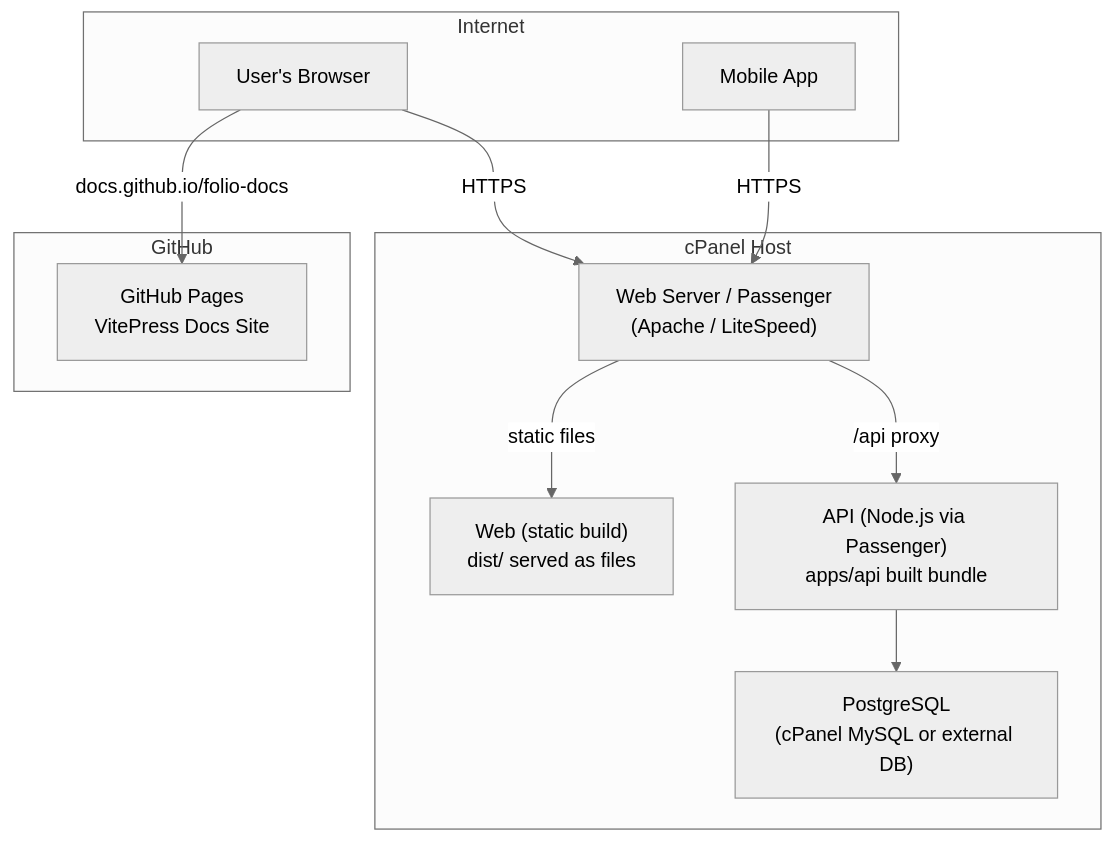
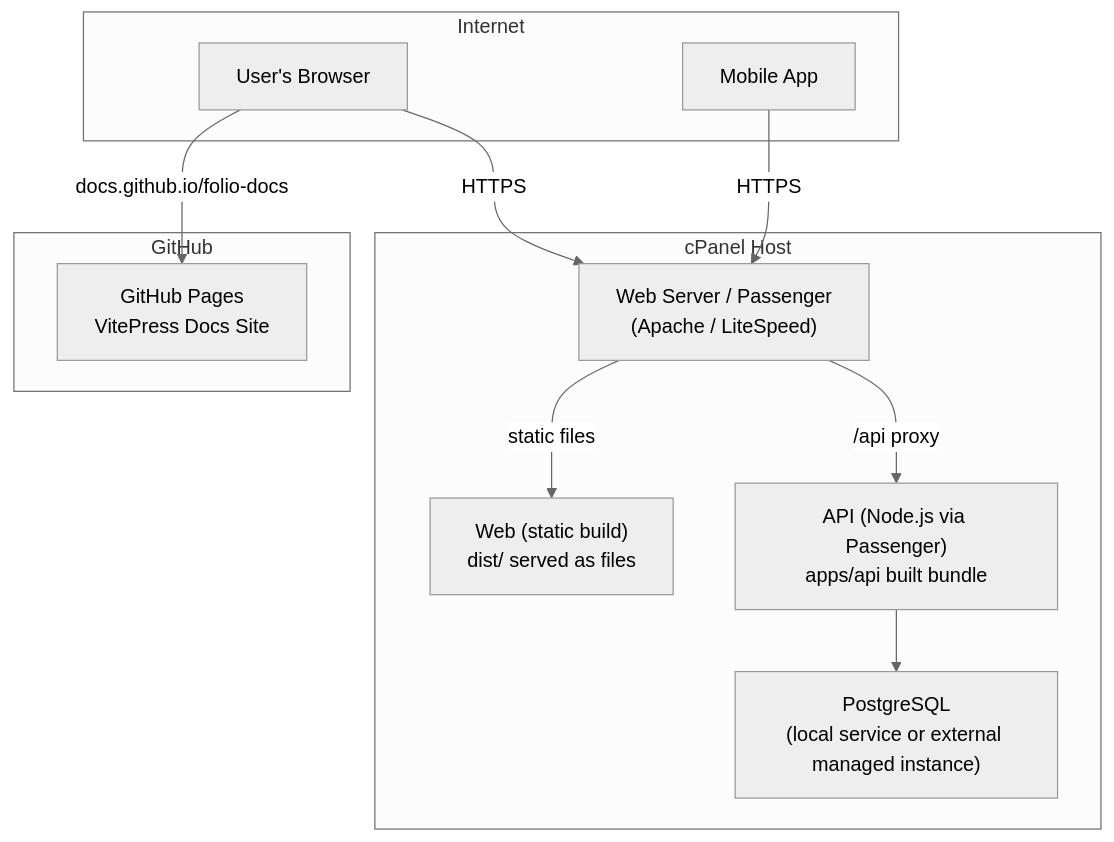
The eighth of 8 diagrams in docs-site/dev/architecture.md (mnaimfaizy/folio), drawn with Mermaid (neutral theme) before and after one commit. The commit also changed other lines of this file and 4 other files, not shown here.

Commit message:
docs: update documentation for database schema, project structure, and shared library

````diff
--- a/docs-site/dev/architecture.md
+++ b/docs-site/dev/architecture.md
@@ -292,26 +303,26 @@
 ```mermaid
 graph TD
   subgraph Internet
     BROWSER["User's Browser"]
     MOBILEAPP["Mobile App"]
   end
 
   subgraph cPanel["cPanel Host"]
     NGINX["Web Server / Passenger<br/>(Apache / LiteSpeed)"]
     WEB_STATIC["Web (static build)<br/>dist/ served as files"]
     API_NODE["API (Node.js via Passenger)<br/>apps/api built bundle"]
-    PG["PostgreSQL<br/>(cPanel MySQL or external DB)"]
+    PG["PostgreSQL<br/>(local service or external managed instance)"]
   end
 
   subgraph GH["GitHub"]
     GH_PAGES["GitHub Pages<br/>VitePress Docs Site"]
   end
 
   BROWSER -->|HTTPS| NGINX
   MOBILEAPP -->|HTTPS| NGINX
   NGINX -->|static files| WEB_STATIC
   NGINX -->|/api proxy| API_NODE
   API_NODE --> PG
 
   BROWSER -->|docs.github.io/folio-docs| GH_PAGES
 ```
````
